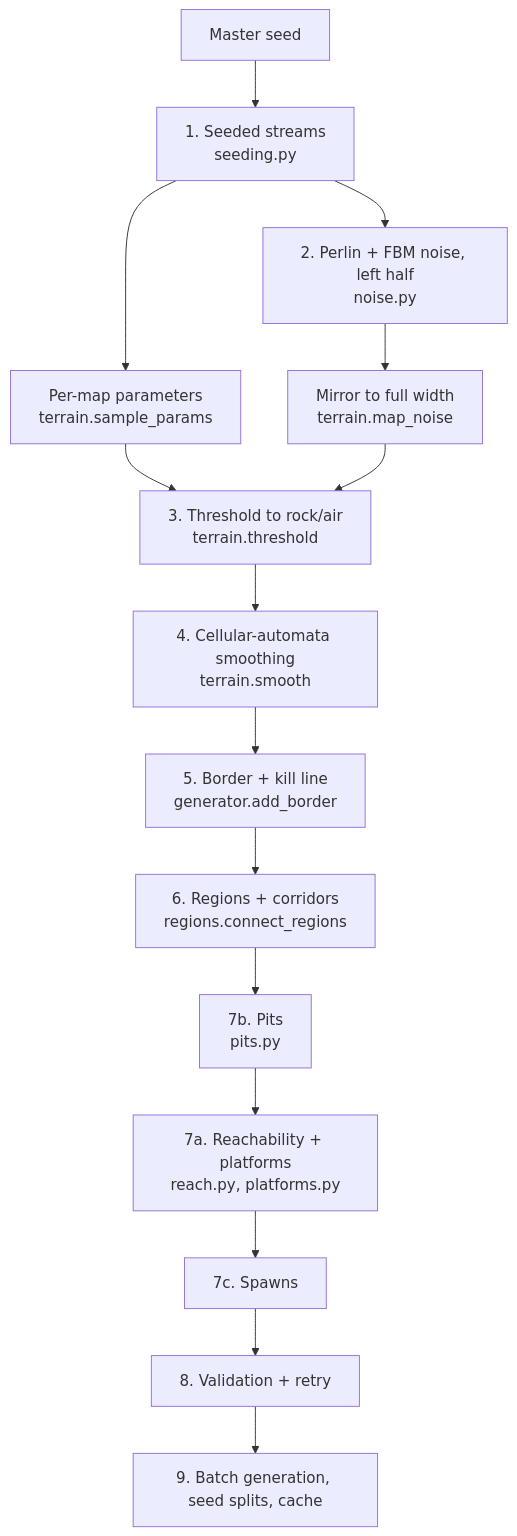
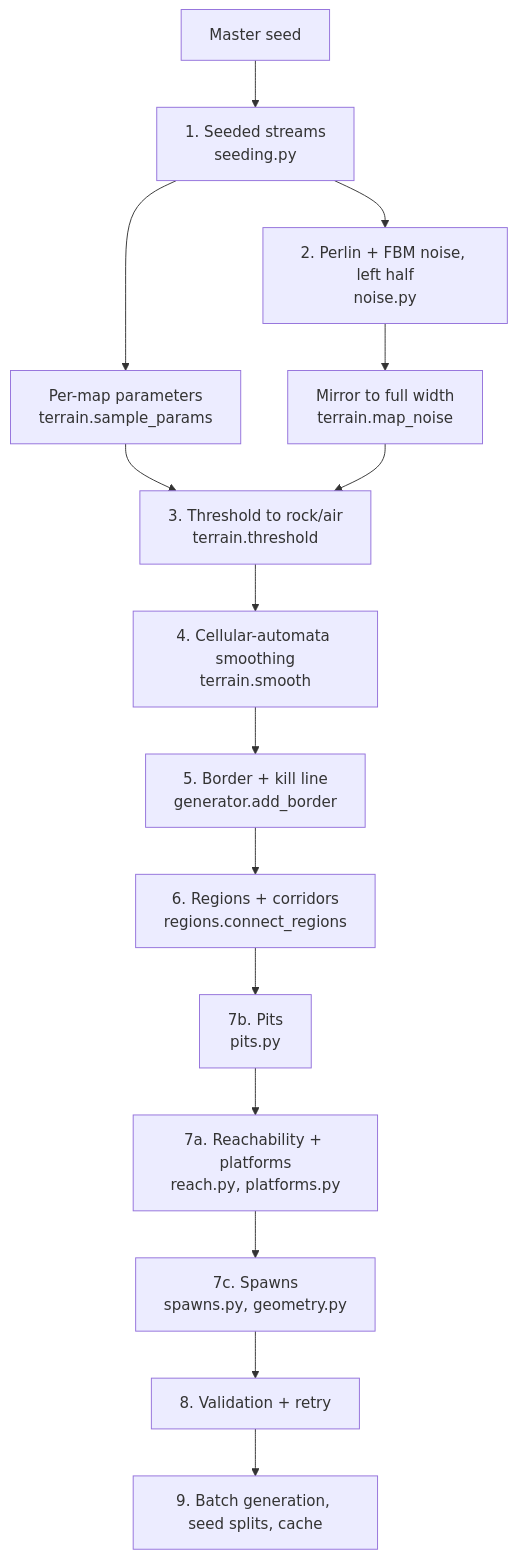
One commit to thekrishmellow/RL-Donut changed the first of 2 diagrams in docs/mapgen.md. Above: the diagram before and after it, drawn with Mermaid. The commit also changed other lines of this file and 11 other files, not shown here.

````diff
--- a/docs/mapgen.md
+++ b/docs/mapgen.md
@@ -20,17 +20,17 @@
 ```mermaid
 flowchart TD
     S[Master seed] --> P[1. Seeded streams<br/>seeding.py]
     P --> Q[Per-map parameters<br/>terrain.sample_params]
     P --> N[2. Perlin + FBM noise, left half<br/>noise.py]
     N --> MI[Mirror to full width<br/>terrain.map_noise]
     Q --> T[3. Threshold to rock/air<br/>terrain.threshold]
     MI --> T
     T --> C[4. Cellular-automata smoothing<br/>terrain.smooth]
     C --> M[5. Border + kill line<br/>generator.add_border]
     M --> RG[6. Regions + corridors<br/>regions.connect_regions]
     RG --> PT[7b. Pits<br/>pits.py]
     PT --> PL[7a. Reachability + platforms<br/>reach.py, platforms.py]
-    PL --> SP[7c. Spawns]
+    PL --> SP[7c. Spawns<br/>spawns.py, geometry.py]
     SP --> V[8. Validation + retry]
     V --> B[9. Batch generation, seed splits, cache]
 ```
````
